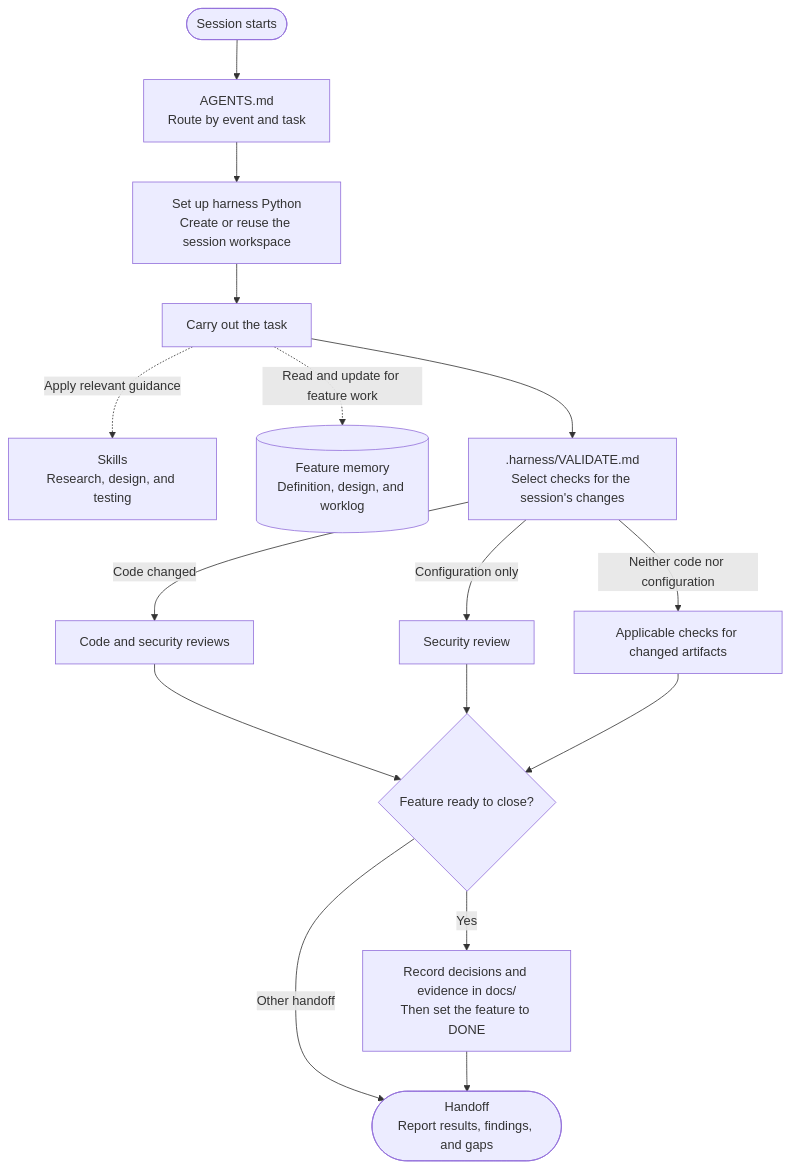
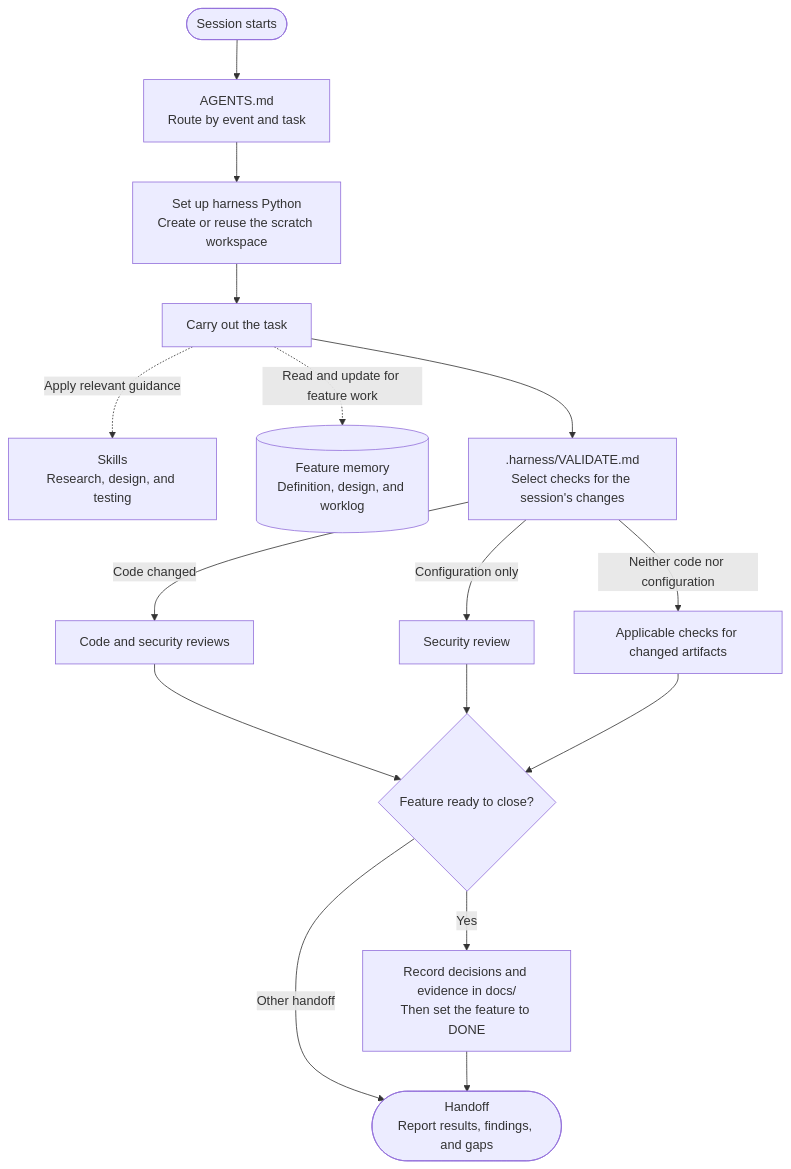
Before and after one commit to JonathanHHenson/ultimate_harness: the diagram in docs/TECHNICAL.md, drawn with Mermaid. The commit also changed other lines of this file and 76 other files, not shown here.

````diff
--- a/docs/TECHNICAL.md
+++ b/docs/TECHNICAL.md
@@ -26,18 +38,18 @@
 ```mermaid
 flowchart TD
     Start(["Session starts"]) --> Entry["AGENTS.md<br>Route by event and task"]
-    Entry --> Setup["Set up harness Python<br>Create or reuse the session workspace"]
+    Entry --> Setup["Set up harness Python<br>Create or reuse the scratch workspace"]
     Setup --> Work["Carry out the task"]
     Work -. Apply relevant guidance .-> Skills["Skills<br>Research, design, and testing"]
     Work -. Read and update for feature work .-> Memory[("Feature memory<br>Definition, design, and worklog")]
     Work --> Validate[".harness/VALIDATE.md<br>Select checks for the session's changes"]
     Validate -->|Code changed| Both["Code and security reviews"]
     Validate -->|Configuration only| Security["Security review"]
     Validate -->|Neither code nor configuration| Artifacts["Applicable checks for changed artifacts"]
     Both --> Ready{"Feature ready to close?"}
     Security --> Ready
     Artifacts --> Ready
     Ready -->|Yes| Close["Record decisions and evidence in docs/<br>Then set the feature to DONE"]
     Ready -->|Other handoff| Handoff(["Handoff<br>Report results, findings, and gaps"])
     Close --> Handoff
 ```
````
